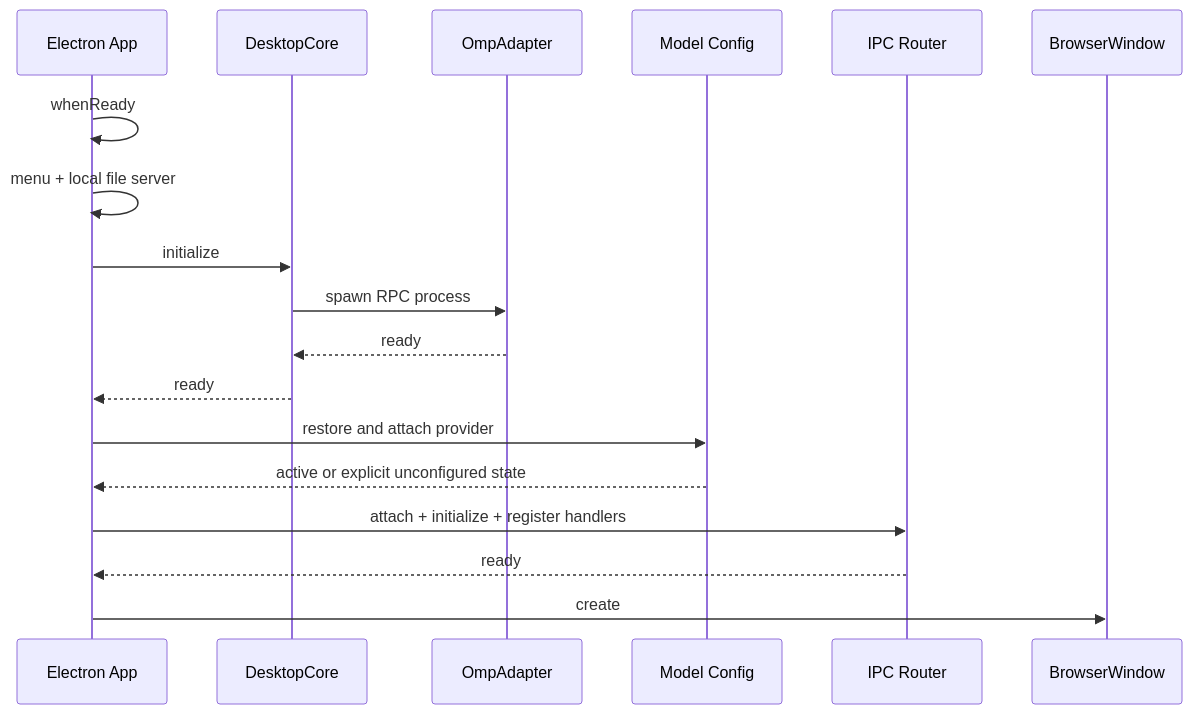
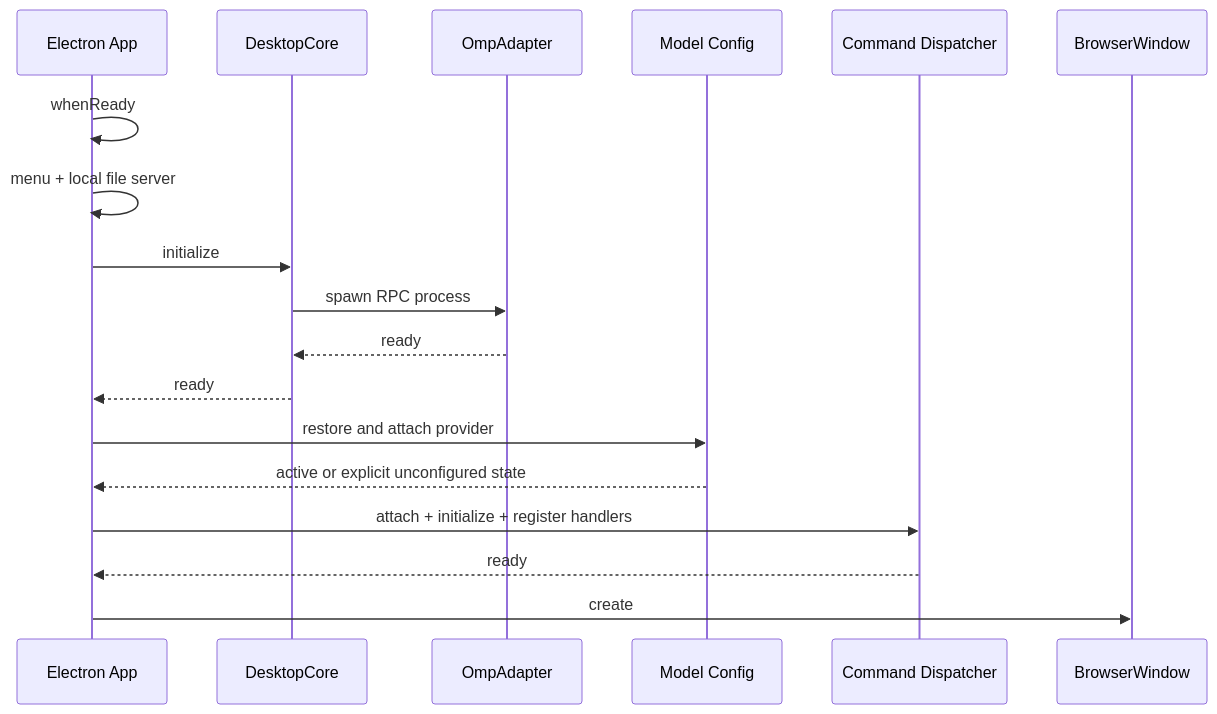
Before and after one commit to novvoo/mastery: the tenth of 16 diagrams in docs/architecture.md, drawn with Mermaid. The commit also changed other lines of this file and 17 other files, not shown here.

Commit message:
Align desktop architecture and message turns

````diff
--- a/docs/architecture.md
+++ b/docs/architecture.md
@@ -311,21 +460,21 @@
 ```mermaid
 sequenceDiagram
   participant App as Electron App
   participant Core as DesktopCore
   participant OMP as OmpAdapter
   participant Config as Model Config
-  participant IPC as IPC Router
+  participant IPC as Command Dispatcher
   participant Window as BrowserWindow
 
   App->>App: whenReady
   App->>App: menu + local file server
   App->>Core: initialize
   Core->>OMP: spawn RPC process
   OMP-->>Core: ready
   Core-->>App: ready
   App->>Config: restore and attach provider
   Config-->>App: active or explicit unconfigured state
   App->>IPC: attach + initialize + register handlers
   IPC-->>App: ready
   App->>Window: create
 ```
````
